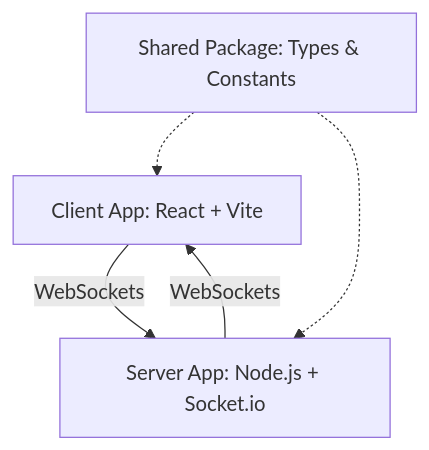
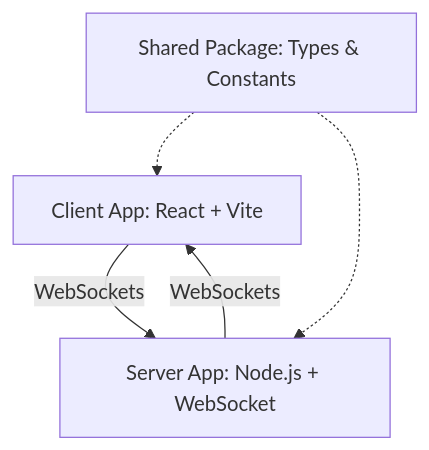
One commit to brunoanhaia/planning-poker changed the diagram in README.md. Above: the diagram before and after it, drawn with Mermaid. The commit also changed other lines of this file and 2 other files, not shown here.

Commit message:
feat: update WebSocket management to use native WebSockets and rename skill for clarity

````diff
--- a/README.md
+++ b/README.md
@@ -17,12 +17,12 @@
 ```mermaid
 graph TD
     Client[Client App: React + Vite]
-    Server[Server App: Node.js + Socket.io]
+    Server[Server App: Node.js + WebSocket]
     Shared[Shared Package: Types & Constants]
 
     Client -- WebSockets --> Server
     Server -- WebSockets --> Client
 
     Shared -.-> Client
     Shared -.-> Server
 ```
````
